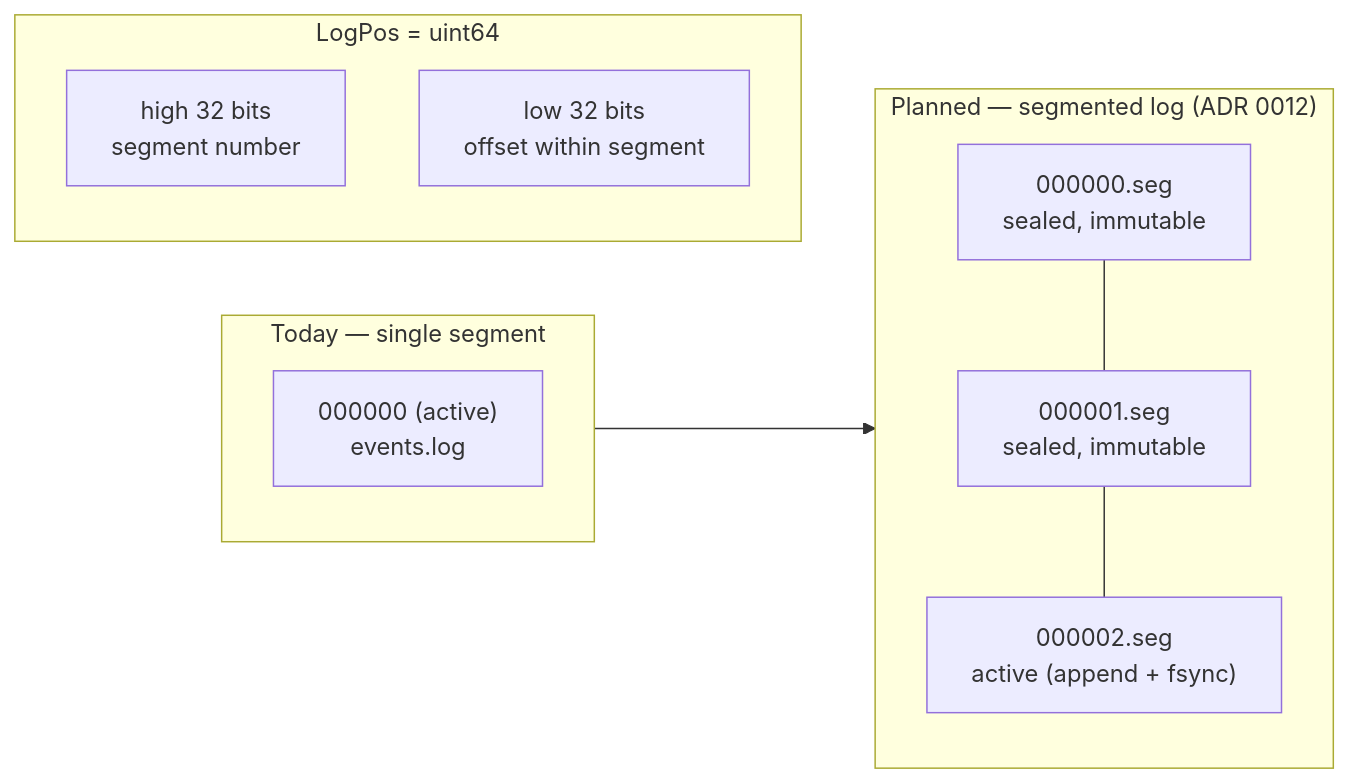
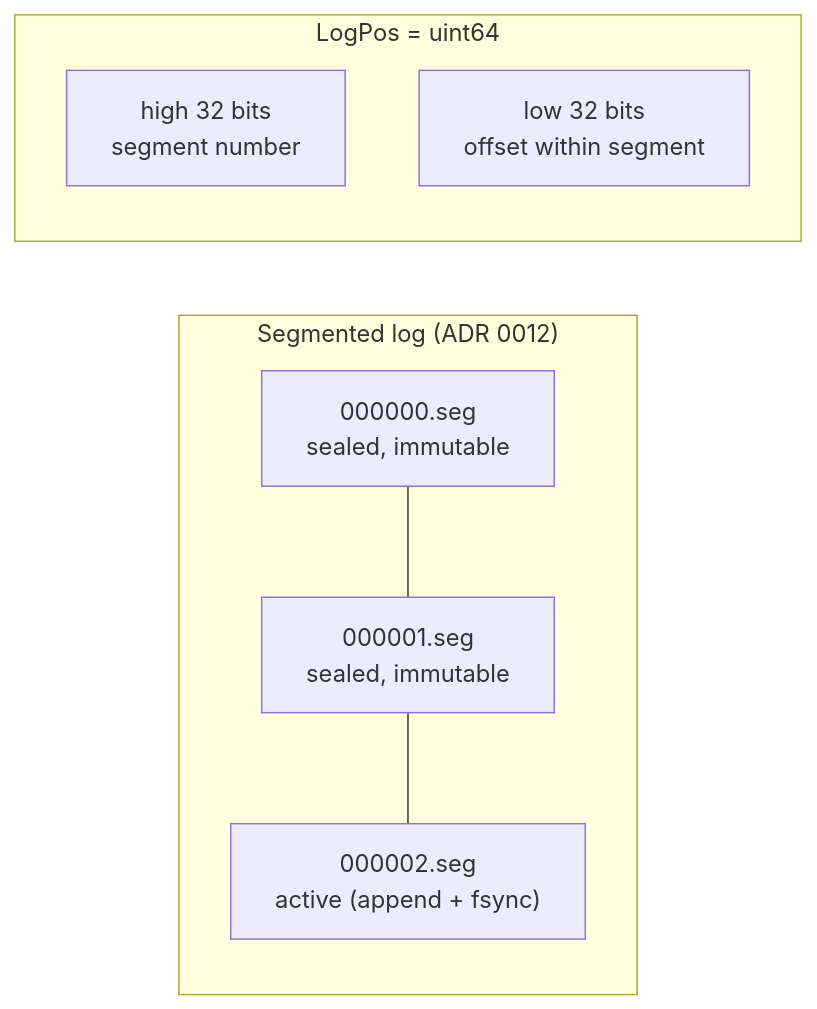
Before and after one commit to leow93/eventstore: the sixth of 6 diagrams in doc/architecture.md, drawn with Mermaid. The commit also changed other lines of this file and 13 other files, not shown here.

````diff
--- a/doc/architecture.md
+++ b/doc/architecture.md
@@ -201,18 +211,14 @@
 ```mermaid
 flowchart LR
-    subgraph now["Today — single segment"]
-        s0["000000 (active)<br/>events.log"]
-    end
-    subgraph planned["Planned — segmented log (ADR 0012)"]
+    subgraph segs["Segmented log (ADR 0012)"]
         p0["000000.seg<br/>sealed, immutable"]
         p1["000001.seg<br/>sealed, immutable"]
         p2["000002.seg<br/>active (append + fsync)"]
         p0 --- p1 --- p2
     end
-    now --> planned
 
     subgraph pos["LogPos = uint64"]
         hi["high 32 bits<br/>segment number"]
         lo["low 32 bits<br/>offset within segment"]
     end
 ```
````
